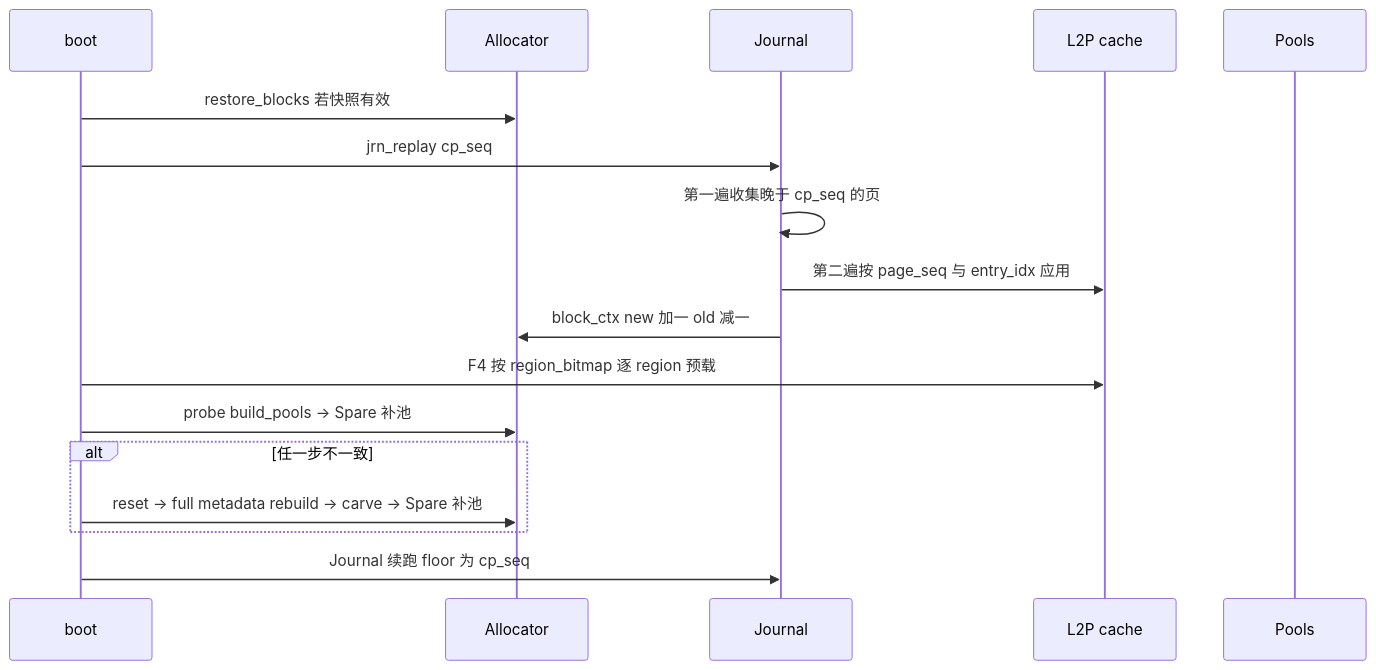
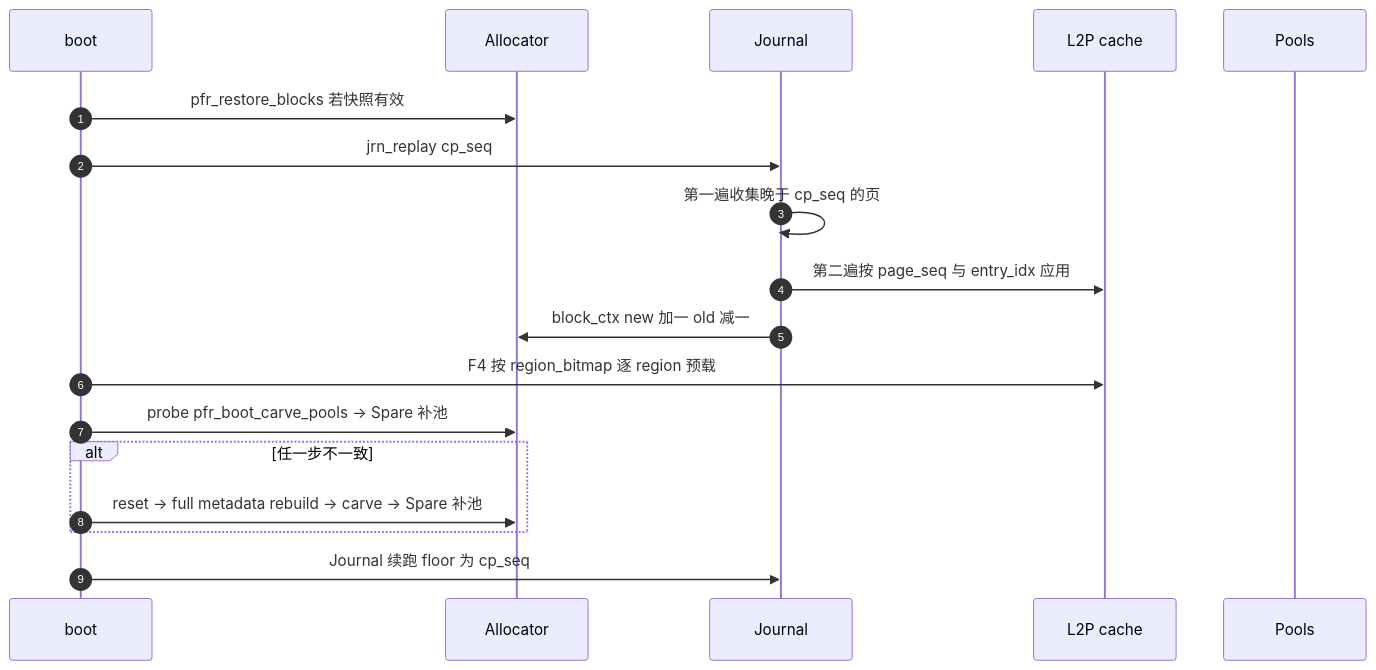
Before and after one commit to YzYMIAO/BASESSD: diagram 43 of 50 in docs/design/ftl_design.md, drawn with Mermaid. The commit also changed other lines of this file and 42 other files, not shown here.

````diff
--- a/docs/design/ftl_design.md
+++ b/docs/design/ftl_design.md
@@ -4524,20 +4830,21 @@
 ```mermaid
 sequenceDiagram
  participant B as boot
+    autonumber
  participant A as Allocator
  participant J as Journal
  participant L as L2P cache
  participant P as Pools
 
- B->>A: restore_blocks 若快照有效
+ B->>A: pfr_restore_blocks 若快照有效
  B->>J: jrn_replay cp_seq
  J->>J: 第一遍收集晚于 cp_seq 的页
  J->>L: 第二遍按 page_seq 与 entry_idx 应用
  J->>A: block_ctx new 加一 old 减一
  B->>L: F4 按 region_bitmap 逐 region 预载
- B->>A: probe build_pools → Spare 补池
+ B->>A: probe pfr_boot_carve_pools → Spare 补池
  alt 任一步不一致
   B->>A: reset → full metadata rebuild → carve → Spare 补池
  end
  B->>J: Journal 续跑 floor 为 cp_seq
 ```
````
